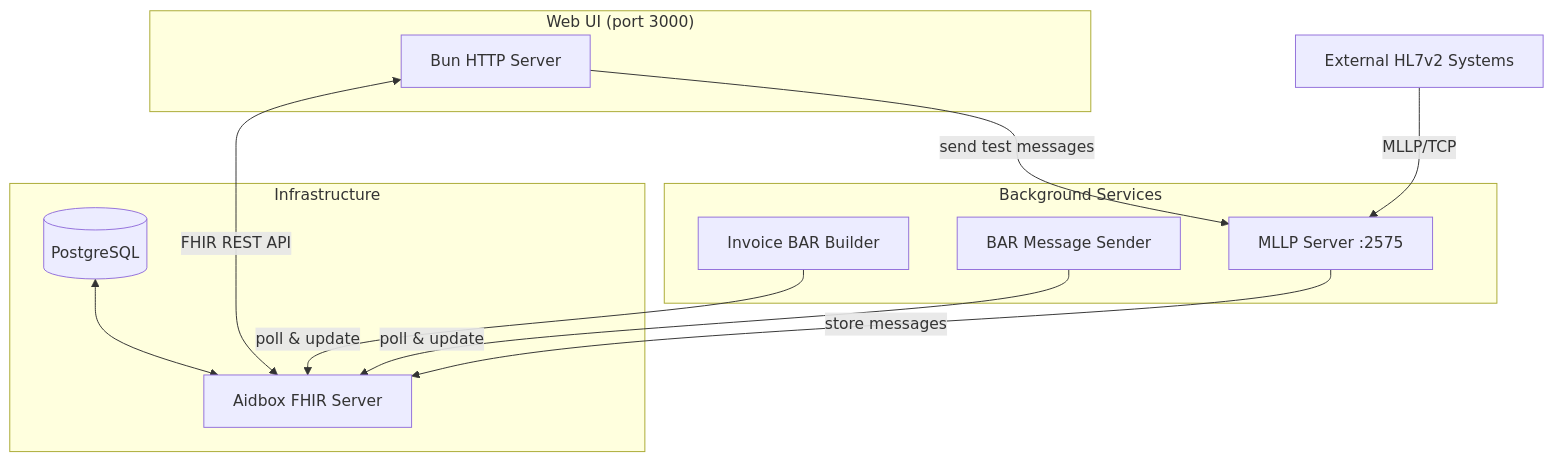
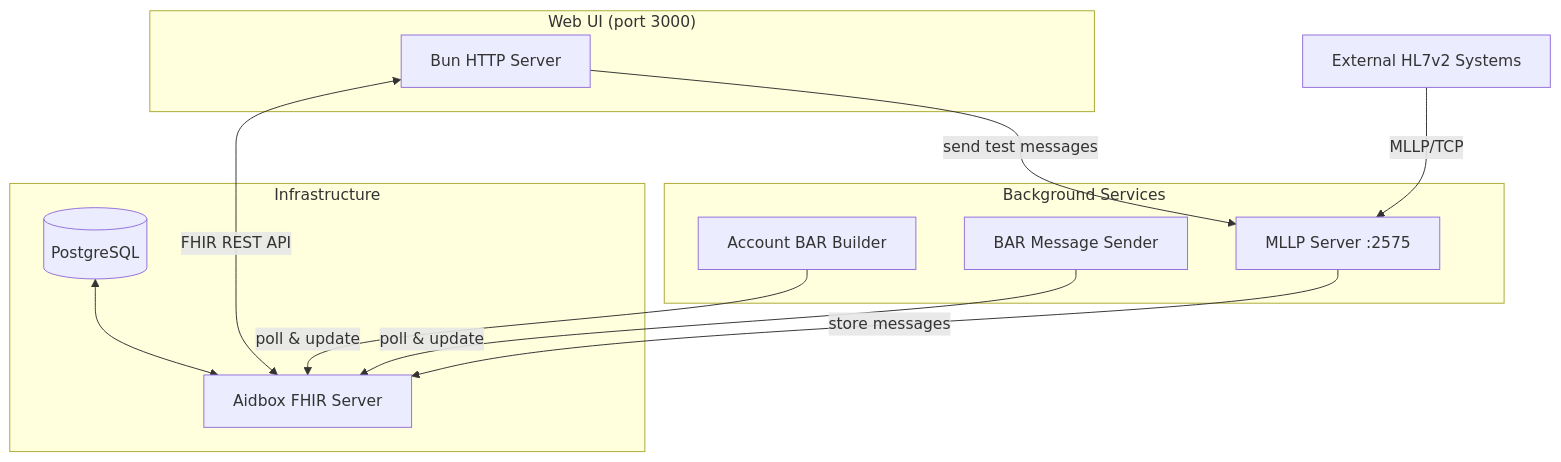
Before and after one commit to Aidbox/aidbox-hl7v2-example: the first of 7 diagrams in docs/developer-guide/architecture.md, drawn with Mermaid. The commit also changed other lines of this file and 19 other files, not shown here.

First line of the commit message:
Replace Invoice with Account as BAR generation source

````diff
--- a/docs/developer-guide/architecture.md
+++ b/docs/developer-guide/architecture.md
@@ -7,25 +7,25 @@
 ```mermaid
 flowchart TB
     subgraph Infrastructure
         PG[(PostgreSQL)]
         Aidbox[Aidbox FHIR Server]
         PG <--> Aidbox
     end
 
     subgraph "Web UI (port 3000)"
         UI[Bun HTTP Server]
     end
 
     subgraph "Background Services"
-        Builder[Invoice BAR Builder]
+        Builder[Account BAR Builder]
         Sender[BAR Message Sender]
         MLLP[MLLP Server :2575]
     end
 
     External[External HL7v2 Systems] -->|MLLP/TCP| MLLP
     MLLP -->|store messages| Aidbox
     UI <-->|FHIR REST API| Aidbox
     UI -->|send test messages| MLLP
     Builder -->|poll & update| Aidbox
     Sender -->|poll & update| Aidbox
 ```
````
